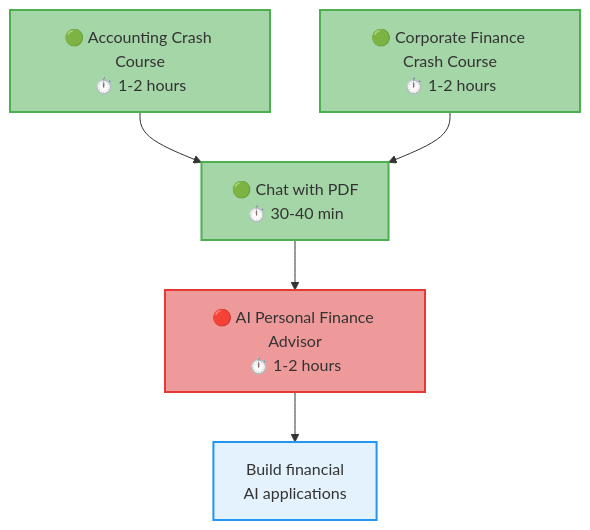
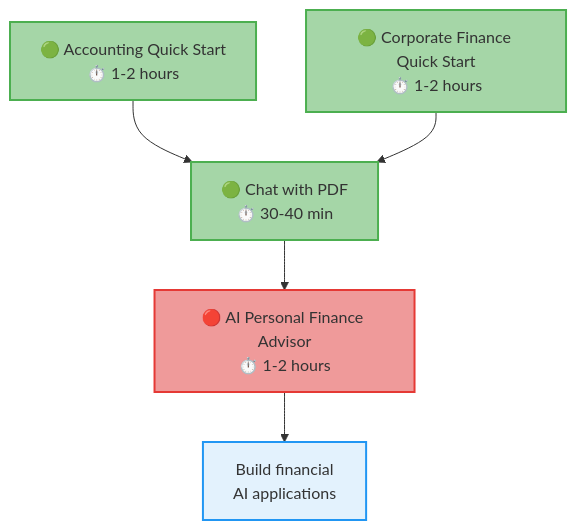
Before and after one commit to wahidyankf/open-sharia-enterprise: the fourth of 5 diagrams in docs/tutorials/README.md, drawn with Mermaid. The commit also changed other lines of this file and 2 other files, not shown here.

````diff
--- a/docs/tutorials/README.md
+++ b/docs/tutorials/README.md
@@ -147,18 +147,18 @@
 ```mermaid
 graph TB
-	A[🟢 Accounting Crash Course<br/>⏱️ 1-2 hours]
-	B[🟢 Corporate Finance Crash Course<br/>⏱️ 1-2 hours]
+	A[🟢 Accounting Quick Start<br/>⏱️ 1-2 hours]
+	B[🟢 Corporate Finance Quick Start<br/>⏱️ 1-2 hours]
 	C[🟢 Chat with PDF<br/>⏱️ 30-40 min]
 	D[🔴 AI Personal Finance Advisor<br/>⏱️ 1-2 hours]
 	E[Build financial<br/>AI applications]
 
 	A --> C
 	B --> C
 	C --> D --> E
 
 	style A fill:#a5d6a7,stroke:#4caf50,stroke-width:2px
 	style B fill:#a5d6a7,stroke:#4caf50,stroke-width:2px
 	style C fill:#a5d6a7,stroke:#4caf50,stroke-width:2px
 	style D fill:#ef9a9a,stroke:#e53935,stroke-width:2px
 	style E fill:#e3f2fd,stroke:#2196f3,stroke-width:2px
 ```
````
